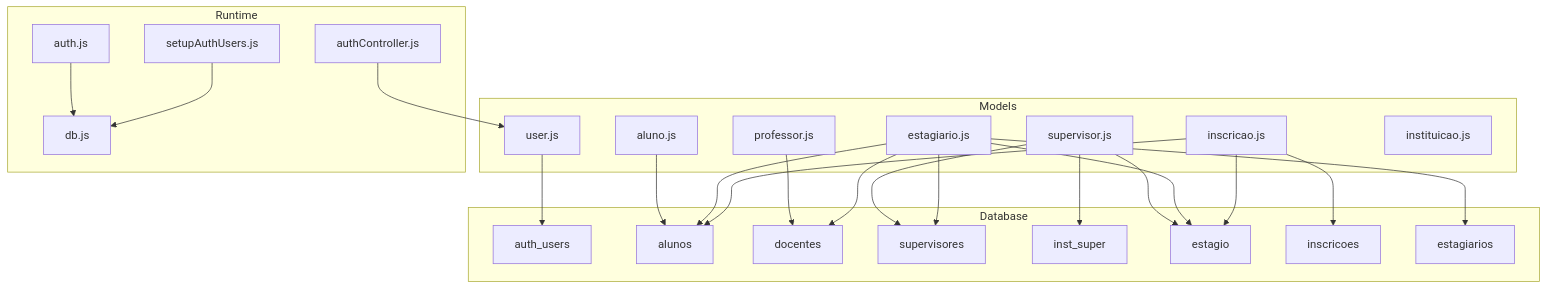
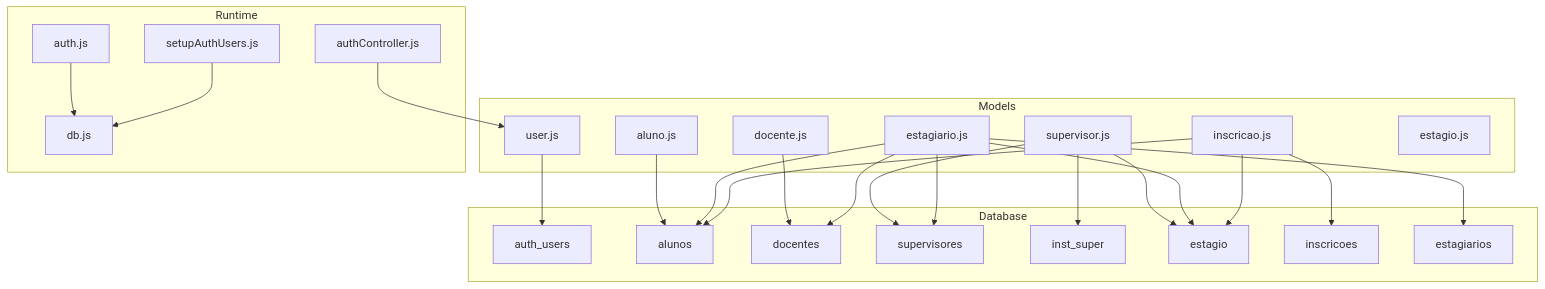
One commit to luiseduacosta/nodemural changed the first of 8 diagrams in .qoder/repowiki/en/content/Data Models & Database Design/Core Data Models.md. Above: the diagram before and after it, drawn with Mermaid. The commit also changed other lines of this file and 27 other files, not shown here.

````diff
--- a/.qoder/repowiki/en/content/Data Models & Database Design/Core Data Models.md
+++ b/.qoder/repowiki/en/content/Data Models & Database Design/Core Data Models.md
@@ -42,45 +42,45 @@
 ```mermaid
 graph TB
 subgraph "Models"
 U["user.js"]
 A["aluno.js"]
-D["professor.js"]
+D["docente.js"]
 S["supervisor.js"]
 E["estagiario.js"]
 I["inscricao.js"]
-J["instituicao.js"]
+J["estagio.js"]
 end
 subgraph "Database"
 AU["auth_users"]
 AL["alunos"]
 DOC["docentes"]
 SUP["supervisores"]
 INSTSUP["inst_super"]
 EST["estagio"]
 INSC["inscricoes"]
 ESTAG["estagiarios"]
 end
 subgraph "Runtime"
 M["auth.js"]
 C["authController.js"]
 DB["db.js"]
 SETUP["setupAuthUsers.js"]
 end
 U --> AU
 A --> AL
 D --> DOC
 S --> SUP
 S --> INSTSUP
 S --> EST
 E --> ESTAG
 E --> AL
 E --> DOC
 E --> SUP
 E --> EST
 I --> INSC
 I --> AL
 I --> EST
 M --> DB
 C --> U
 SETUP --> DB
 ```
````
